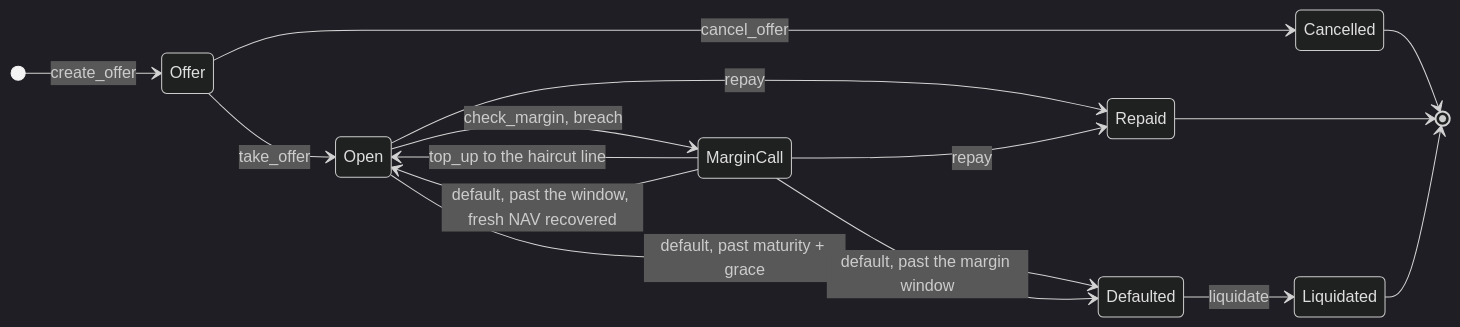
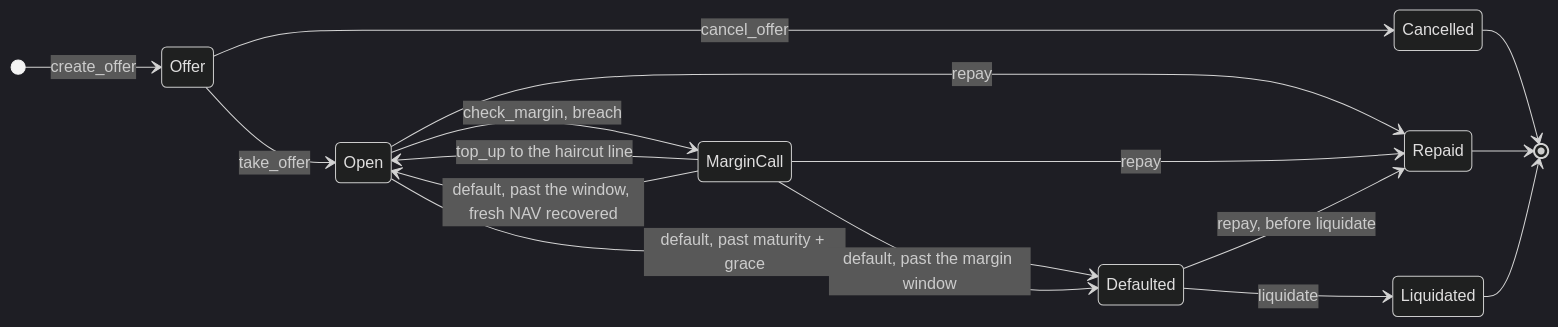
One commit to rcusans-code/Caravel changed the second of 2 diagrams in README.md. Above: the diagram before and after it, drawn with Mermaid (dark theme). The commit also changed other lines of this file and 10 other files, not shown here.

First line of the commit message:
repo: allow repay out of Defaulted until liquidation lands (attack A2, COR-01)

````diff
--- a/README.md
+++ b/README.md
@@ -95,18 +95,19 @@
 ```mermaid
 stateDiagram-v2
   direction LR
   [*] --> Offer: create_offer
   Offer --> Cancelled: cancel_offer
   Offer --> Open: take_offer
   Open --> MarginCall: check_margin, breach
   MarginCall --> Open: top_up to the haircut line
   Open --> Repaid: repay
   MarginCall --> Repaid: repay
   Open --> Defaulted: default, past maturity + grace
   MarginCall --> Defaulted: default, past the margin window
   MarginCall --> Open: default, past the window, fresh NAV recovered
   Defaulted --> Liquidated: liquidate
+  Defaulted --> Repaid: repay, before liquidate
   Cancelled --> [*]
   Repaid --> [*]
   Liquidated --> [*]
 ```
````
